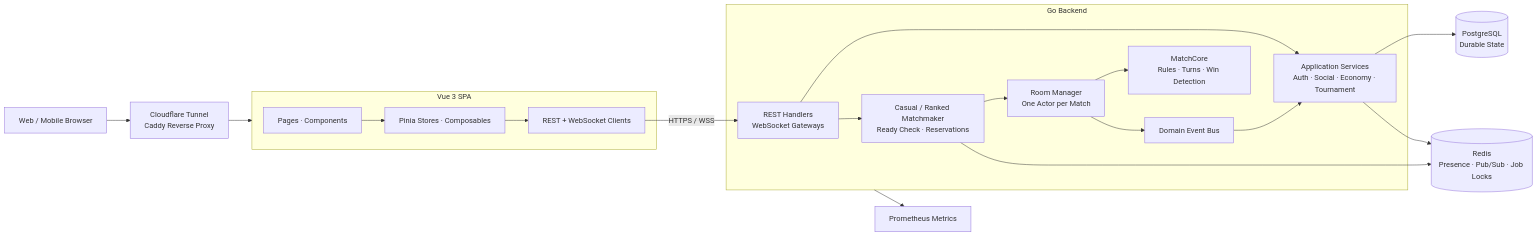
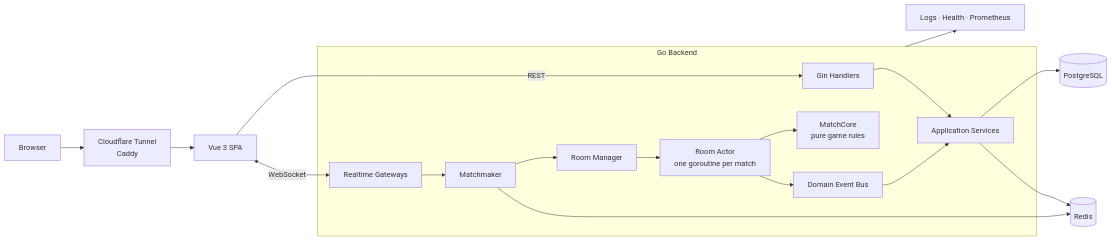
Before and after one commit to longtmb2003/longtmb2003: the first of 5 diagrams in README.md, drawn with Mermaid. The commit also changed other lines of this file, not shown here.

Commit message:
docs: showcase key GoCaro system flows

````diff
--- a/README.md
+++ b/README.md
@@ -74,37 +68,22 @@
 ```mermaid
 flowchart LR
-    PLAYER["Web / Mobile Browser"]
-    EDGE["Cloudflare Tunnel<br/>Caddy Reverse Proxy"]
+    USER["Browser"] --> EDGE["Cloudflare Tunnel<br/>Caddy"]
+    EDGE --> SPA["Vue 3 SPA"]
+    SPA -->|REST| HTTP["Gin Handlers"]
+    SPA <-->|WebSocket| WS["Realtime Gateways"]
 
-    subgraph CLIENT["Vue 3 SPA"]
-        UI["Pages · Components"]
-        STATE["Pinia Stores · Composables"]
-        SOCKET["REST + WebSocket Clients"]
-        UI --> STATE --> SOCKET
+    subgraph BACKEND["Go Backend"]
+        HTTP --> SVC["Application Services"]
+        WS --> MM["Matchmaker"]
+        MM --> RM["Room Manager"]
+        RM --> ROOM["Room Actor<br/>one goroutine per match"]
+        ROOM --> CORE["MatchCore<br/>pure game rules"]
+        ROOM --> BUS["Domain Event Bus"]
+        BUS --> SVC
     end
 
-    subgraph API["Go Backend"]
-        TRANSPORT["REST Handlers<br/>WebSocket Gateways"]
-        SERVICES["Application Services<br/>Auth · Social · Economy · Tournament"]
-        MATCHMAKER["Casual / Ranked Matchmaker<br/>Ready Check · Reservations"]
-        ROOMS["Room Manager<br/>One Actor per Match"]
-        CORE["MatchCore<br/>Rules · Turns · Win Detection"]
-        EVENTS["Domain Event Bus"]
-
-        TRANSPORT --> SERVICES
-        TRANSPORT --> MATCHMAKER
-        MATCHMAKER --> ROOMS --> CORE
-        ROOMS --> EVENTS --> SERVICES
-    end
-
-    POSTGRES[("PostgreSQL<br/>Durable State")]
-    REDIS[("Redis<br/>Presence · Pub/Sub · Job Locks")]
-    METRICS["Prometheus Metrics"]
-
-    PLAYER --> EDGE --> CLIENT
-    SOCKET -->|HTTPS / WSS| TRANSPORT
-    SERVICES --> POSTGRES
-    SERVICES --> REDIS
-    MATCHMAKER --> REDIS
-    API --> METRICS
+    SVC --> PG[("PostgreSQL")]
+    SVC --> REDIS[("Redis")]
+    MM --> REDIS
+    BACKEND --> OBS["Logs · Health · Prometheus"]
 ```
````
